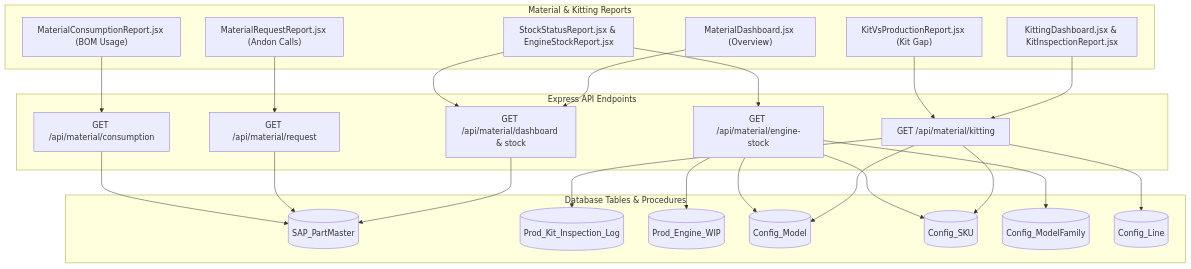
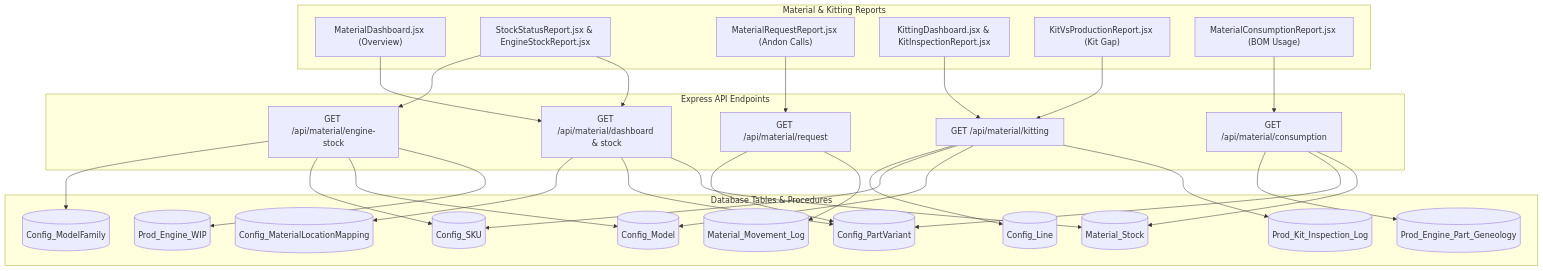
Before and after one commit to Saksham1244/BajajDashboard: the ninth of 10 diagrams in docs/DATA_LINEAGE_AND_TABLE_MAPPING.md, drawn with Mermaid. The commit also changed other lines of this file and 3 other files, not shown here.

Commit message:
fix(material): replace mock SAP_PartMaster with official Bajaj DB tables (Material_Stock, Config_PartVariant, Config_MaterialLocationMapping)

````diff
--- a/docs/DATA_LINEAGE_AND_TABLE_MAPPING.md
+++ b/docs/DATA_LINEAGE_AND_TABLE_MAPPING.md
@@ -393,42 +393,46 @@
 ```mermaid
 flowchart TD
     subgraph UI_Layer["Material & Kitting Reports"]
         MAT1["MaterialDashboard.jsx (Overview)"]
         MAT2["StockStatusReport.jsx & EngineStockReport.jsx"]
         MAT3["MaterialRequestReport.jsx (Andon Calls)"]
         MAT4["KittingDashboard.jsx & KitInspectionReport.jsx"]
         MAT5["KitVsProductionReport.jsx (Kit Gap)"]
         MAT6["MaterialConsumptionReport.jsx (BOM Usage)"]
     end
 
     subgraph API_Layer["Express API Endpoints"]
         E_MAT1["GET /api/material/dashboard & stock"]
         E_MAT2["GET /api/material/request"]
         E_MAT3["GET /api/material/kitting"]
         E_MAT4["GET /api/material/engine-stock"]
         E_MAT5["GET /api/material/consumption"]
     end
 
     subgraph DB_Layer["Database Tables & Procedures"]
-        S1[("SAP_PartMaster")]
+        S1[("Material_Stock")]
         S2[("Prod_Kit_Inspection_Log")]
         S3[("Prod_Engine_WIP")]
         S4[("Config_Model")]
         S5[("Config_SKU")]
         S6[("Config_ModelFamily")]
         S7[("Config_Line")]
+        S8[("Config_PartVariant")]
+        S9[("Config_MaterialLocationMapping")]
+        S10[("Material_Movement_Log")]
+        S11[("Prod_Engine_Part_Geneology")]
     end
 
     MAT1 --> E_MAT1
     MAT2 --> E_MAT1 & E_MAT4
     MAT3 --> E_MAT2
     MAT4 --> E_MAT3
     MAT5 --> E_MAT3
     MAT6 --> E_MAT5
 
-    E_MAT1 --> S1
-    E_MAT2 --> S1
+    E_MAT1 --> S1 & S8 & S9
+    E_MAT2 --> S10 & S8
     E_MAT3 --> S2 & S4 & S5 & S7
     E_MAT4 --> S3 & S4 & S5 & S6
-    E_MAT5 --> S1
+    E_MAT5 --> S1 & S8 & S11
 ```
````
